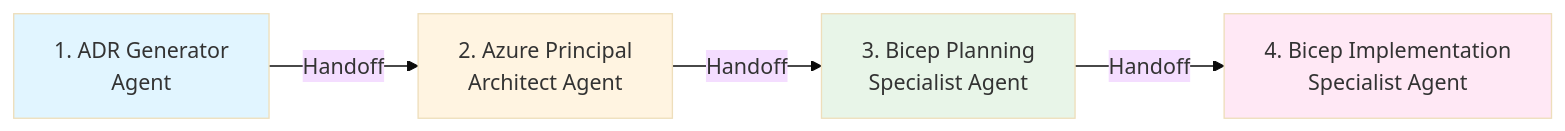
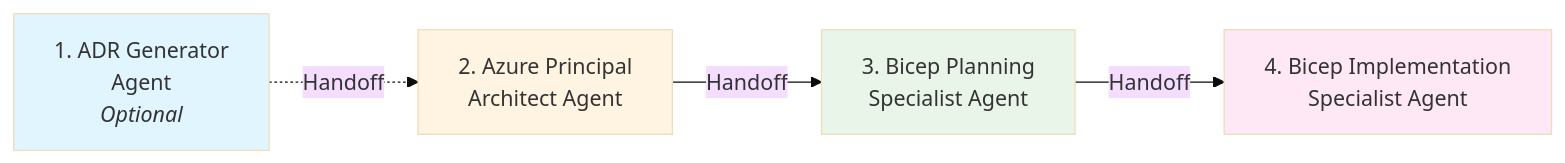
One commit to jonathan-vella/github-copilot-itpro changed the diagram in README.md. Above: the diagram before and after it, drawn with Mermaid (base theme). The commit also changed other lines of this file and 4 other files, not shown here.

Commit message:
feat: Update documentation to clarify the optional nature of the ADR Generator agent for enterprise governance in various workflow resources

````diff
--- a/README.md
+++ b/README.md
@@ -123,11 +123,11 @@
 ```mermaid
 graph LR
-    A[1. ADR Generator<br/>Agent] -->|Handoff| B[2. Azure Principal<br/>Architect Agent]
+    A[1. ADR Generator<br/>Agent<br/><i>Optional</i>] -.->|Handoff| B[2. Azure Principal<br/>Architect Agent]
     B -->|Handoff| C[3. Bicep Planning<br/>Specialist Agent]
     C -->|Handoff| D[4. Bicep Implementation<br/>Specialist Agent]
     
     style A fill:#e1f5ff
     style B fill:#fff4e1
     style C fill:#e8f5e8
     style D fill:#ffe8f5
 ```
````
